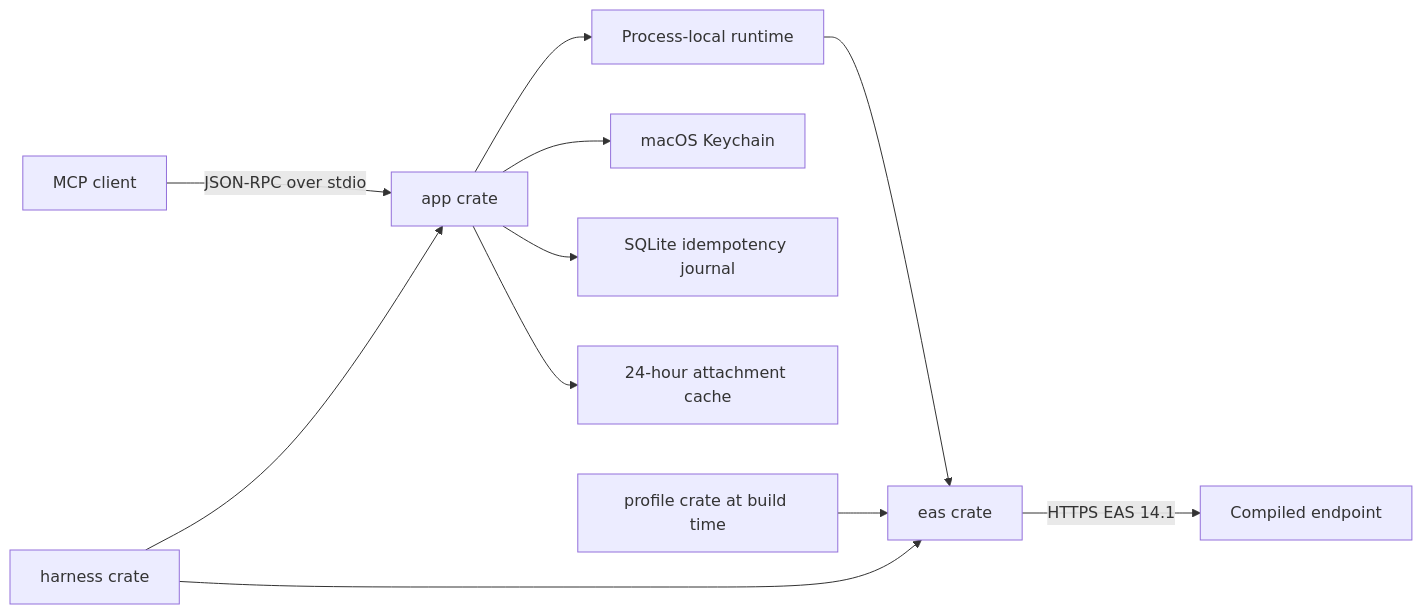
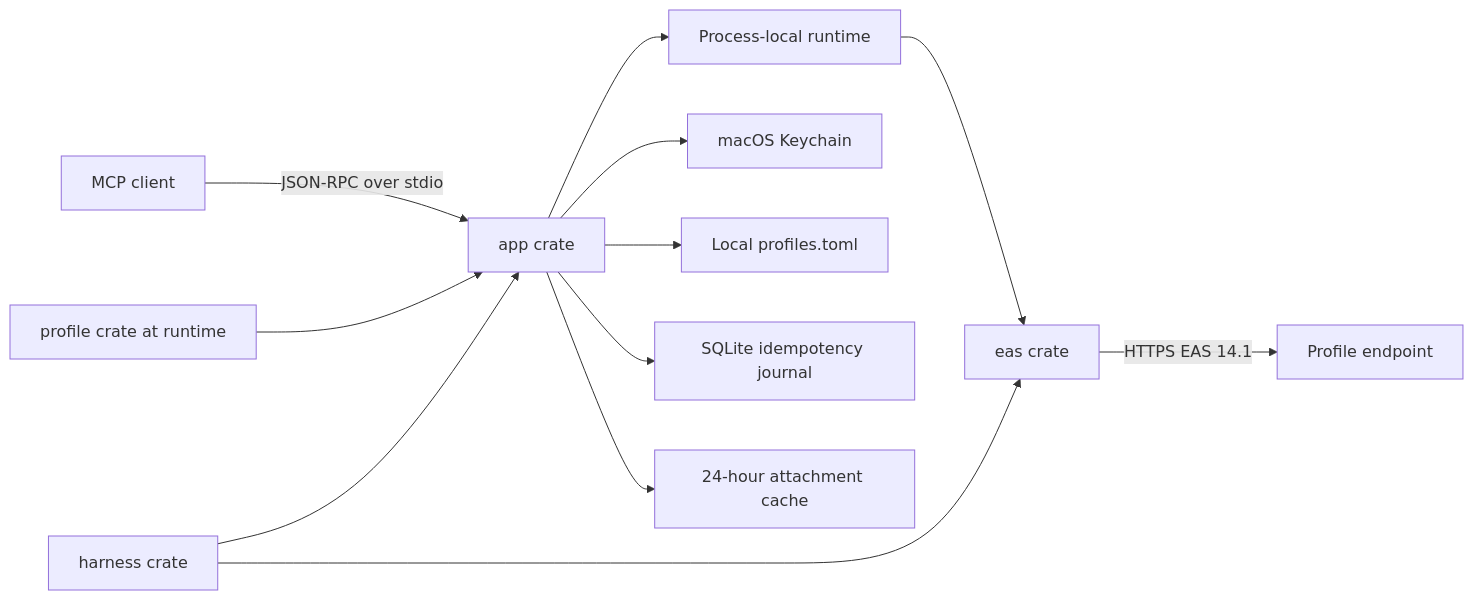
The diagram in docs/architecture.md (Acrom7/eas-mail-mcp), drawn with Mermaid before and after one commit. The commit also changed other lines of this file and 89 other files, not shown here.

Commit message:
Add npm distribution and runtime profiles (#1)

````diff
--- a/docs/architecture.md
+++ b/docs/architecture.md
@@ -5,13 +5,14 @@
 ```mermaid
 flowchart LR
     Client["MCP client"] -->|"JSON-RPC over stdio"| App["app crate"]
     App --> Runtime["Process-local runtime"]
     Runtime --> Eas["eas crate"]
-    Eas -->|"HTTPS EAS 14.1"| Exchange["Compiled endpoint"]
+    Eas -->|"HTTPS EAS 14.1"| Exchange["Profile endpoint"]
     App --> Keychain["macOS Keychain"]
+    App --> Profiles["Local profiles.toml"]
     App --> Journal["SQLite idempotency journal"]
     App --> Attachments["24-hour attachment cache"]
-    Profile["profile crate at build time"] --> Eas
+    Profile["profile crate at runtime"] --> App
     Harness["harness crate"] --> App
     Harness --> Eas
 ```
````
